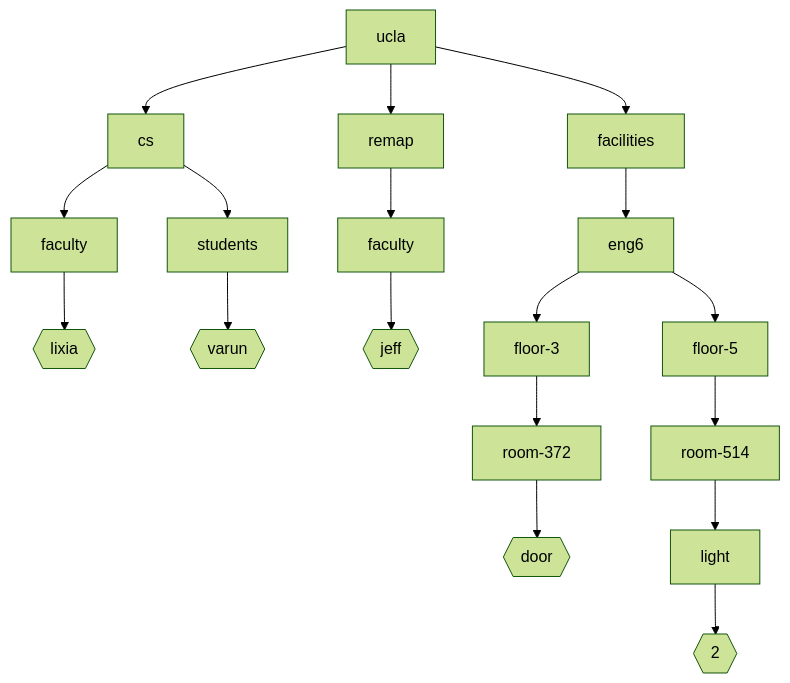
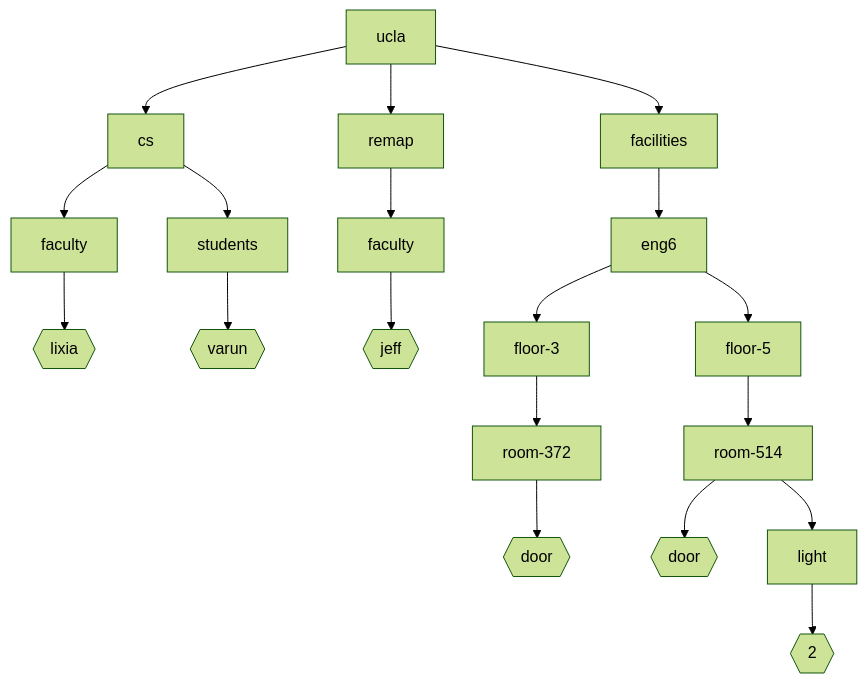
The first of 2 diagrams in docs/security/trust-model.md (named-data/ndn-101), drawn with Mermaid (forest theme) before and after one commit. The commit also changed other lines of this file and 1 other file, not shown here.

````diff
--- a/docs/security/trust-model.md
+++ b/docs/security/trust-model.md
@@ -44,13 +50,14 @@
 ``` mermaid
 flowchart TD
     ucla --> cs
     ucla --> remap
 
     cs --> f1[faculty] --> lixia{{lixia}}
     cs --> students --> varun{{varun}}
     remap --> f2[faculty] --> jeff{{jeff}}
 
     ucla --> facilities --> eng6
     eng6 --> floor-3 --> room-372 --> door{{door}}
-    eng6 --> floor-5 --> room-514 --> light --> two{{2}}
+    eng6 --> floor-5 --> room-514 --> door2{{door}}
+    room-514 --> light --> two{{2}}
 ```
````
